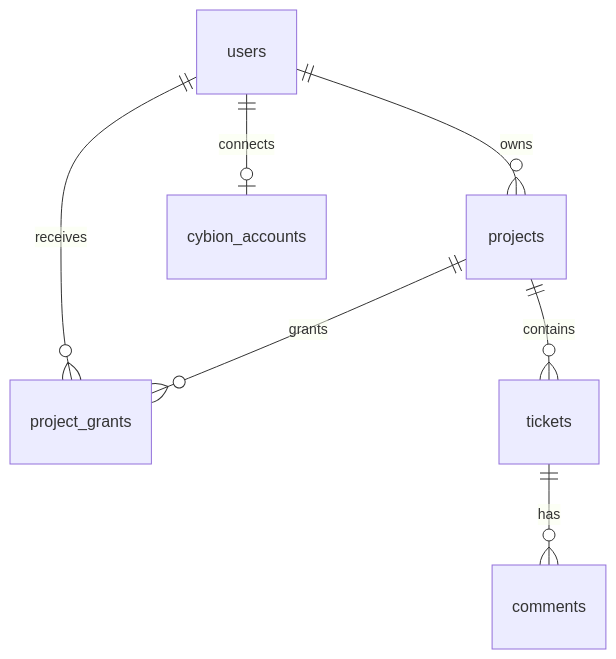
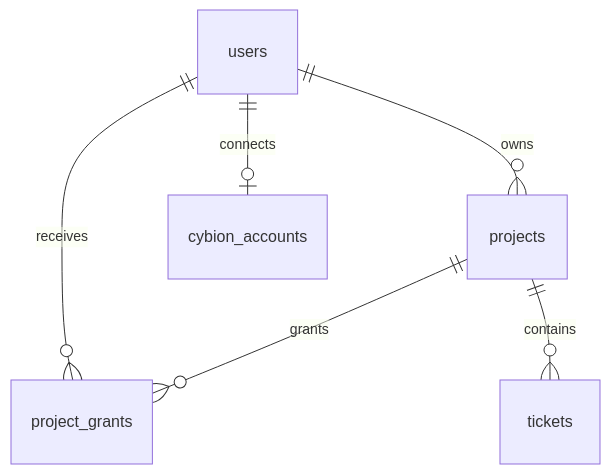
The second of 5 diagrams in DESIGN.md (zccz14/tickets), drawn with Mermaid before and after one commit. The commit also changed other lines of this file and 30 other files, not shown here.

````diff
--- a/DESIGN.md
+++ b/DESIGN.md
@@ -41,9 +41,8 @@
 ```mermaid
 erDiagram
     users ||--o{ projects : owns
     users ||--o| cybion_accounts : connects
     projects ||--o{ project_grants : grants
     users ||--o{ project_grants : receives
     projects ||--o{ tickets : contains
-    tickets ||--o{ comments : has
 ```
````
